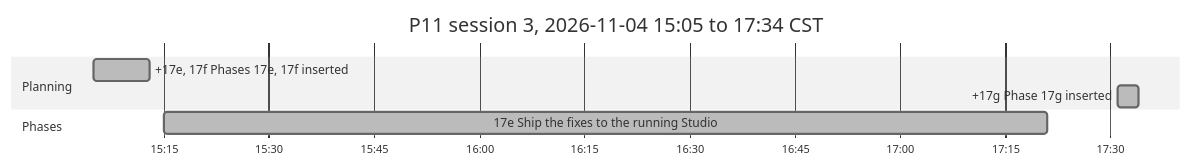
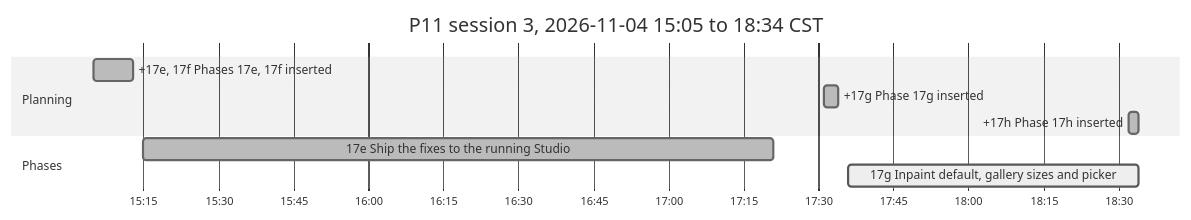
The third of 3 diagrams in P11_IMPLEMENTATION_PLAN.md (antonizick/project1111), drawn with Mermaid (neutral theme) before and after one commit. The commit also changed other lines of this file and 5 other files, not shown here.

Commit message:
docs(plan): add phase 17h (Reset button)

````diff
--- a/P11_IMPLEMENTATION_PLAN.md
+++ b/P11_IMPLEMENTATION_PLAN.md
@@ -118,11 +119,13 @@
 ```mermaid
 gantt
-    title P11 session 3, 2026-11-04 15:05 to 17:34 CST
+    title P11 session 3, 2026-11-04 15:05 to 18:34 CST
     dateFormat YYYY-MM-DD HH:mm
     axisFormat %H:%M
     section Planning
     +17e, 17f Phases 17e, 17f inserted :done, plan5, 2026-11-04 15:05, 2026-11-04 15:13
     +17g Phase 17g inserted :done, plan6, 2026-11-04 17:31, 2026-11-04 17:34
+    +17h Phase 17h inserted :done, plan7, 2026-11-04 18:32, 2026-11-04 18:34
     section Phases
     17e Ship the fixes to the running Studio :done, p17es3, 2026-11-04 15:15, 2026-11-04 17:21
+    17g Inpaint default, gallery sizes and picker :active, p17gs3, 2026-11-04 17:36, 2026-11-04 18:34
 ```
````
